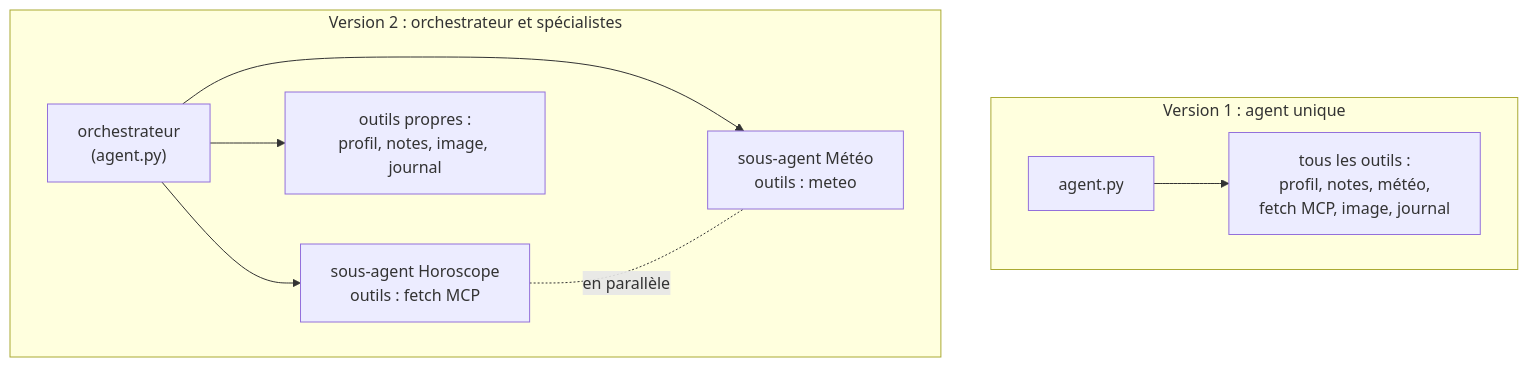
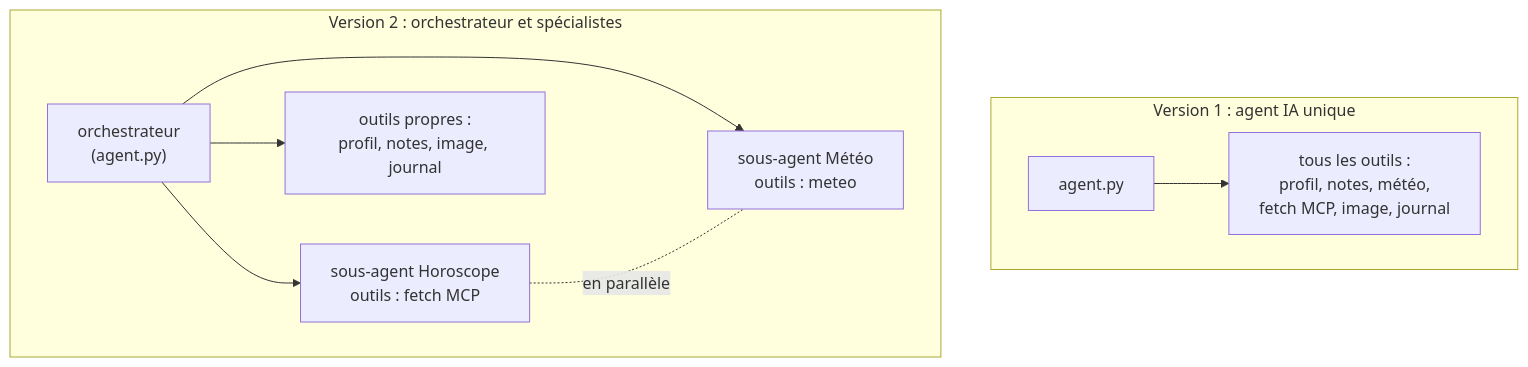
Before and after one commit to lecinquiemejour-code/goodvibe-tuto: diagram 42 of 44 in tuto-goodvibe-vibecoding.md, drawn with Mermaid. The commit also changed other lines of this file, not shown here.

Commit message:
docs(tuto): « agent IA » ou « agent de codage », jamais « agent » seul ; encadré « Deux agents, deux rôles » et entrée de glossaire

````diff
--- a/tuto-goodvibe-vibecoding.md
+++ b/tuto-goodvibe-vibecoding.md
@@ -1912,12 +1914,12 @@
 ```mermaid
 flowchart TD
-    subgraph V1["Version 1 : agent unique"]
+    subgraph V1["Version 1 : agent IA unique"]
         A1["agent.py"] --> O1["tous les outils :<br/>profil, notes, météo,<br/>fetch MCP, image, journal"]
     end
     subgraph V2["Version 2 : orchestrateur et spécialistes"]
         OR["orchestrateur<br/>(agent.py)"] --> SH["sous-agent Horoscope<br/>outils : fetch MCP"]
         OR --> SM["sous-agent Météo<br/>outils : meteo"]
         OR --> OP["outils propres :<br/>profil, notes, image, journal"]
         SH -. "en parallèle" .- SM
     end
 ```
````
